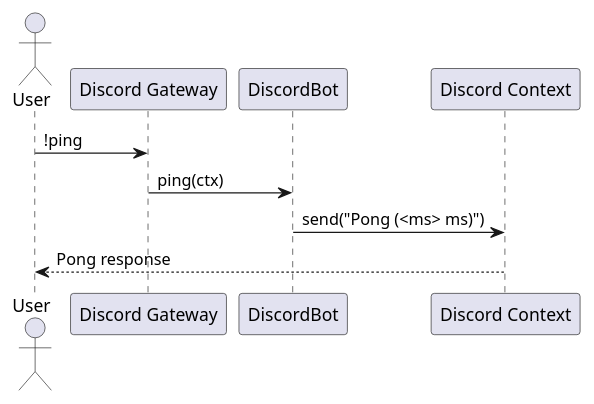
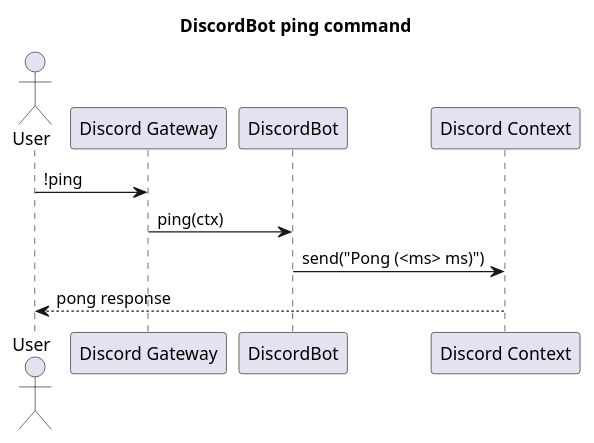
Before and after one commit to fazleskhan/elite_dangerous_discord_tools: the first of 7 diagrams in docs/discord_bot_sequences.puml, drawn with PlantUML. The commit also changed other lines of this file and 25 other files, not shown here.

Commit message:
updated README.md and sequence diagrams

```diff
--- a/docs/discord_bot_sequences.puml
+++ b/docs/discord_bot_sequences.puml
@@ -1,11 +1,12 @@
 @startuml discord_bot_ping
+title DiscordBot ping command
 actor User
 participant "Discord Gateway" as Discord
 participant "DiscordBot" as Bot
 participant "Discord Context" as Ctx
 
 User -> Discord : !ping
 Discord -> Bot : ping(ctx)
 Bot -> Ctx : send("Pong (<ms> ms)")
-Ctx --> User : Pong response
+Ctx --> User : pong response
 @enduml
```
